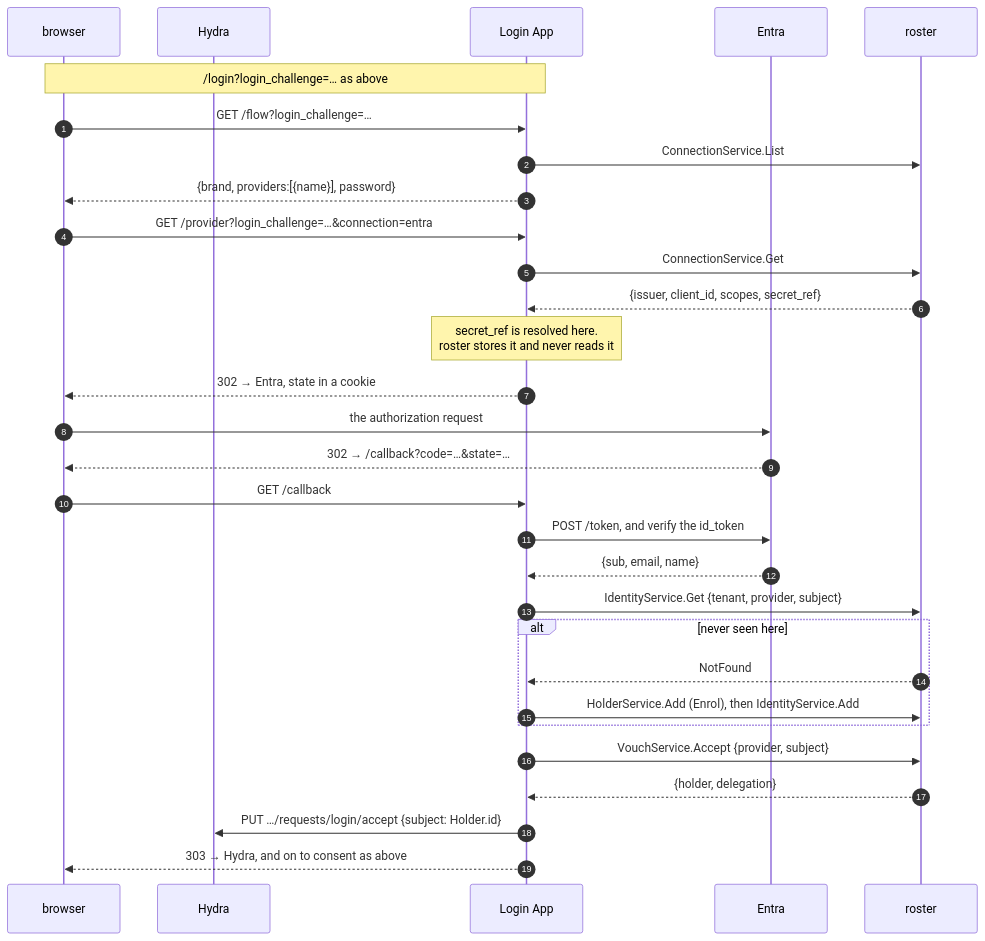
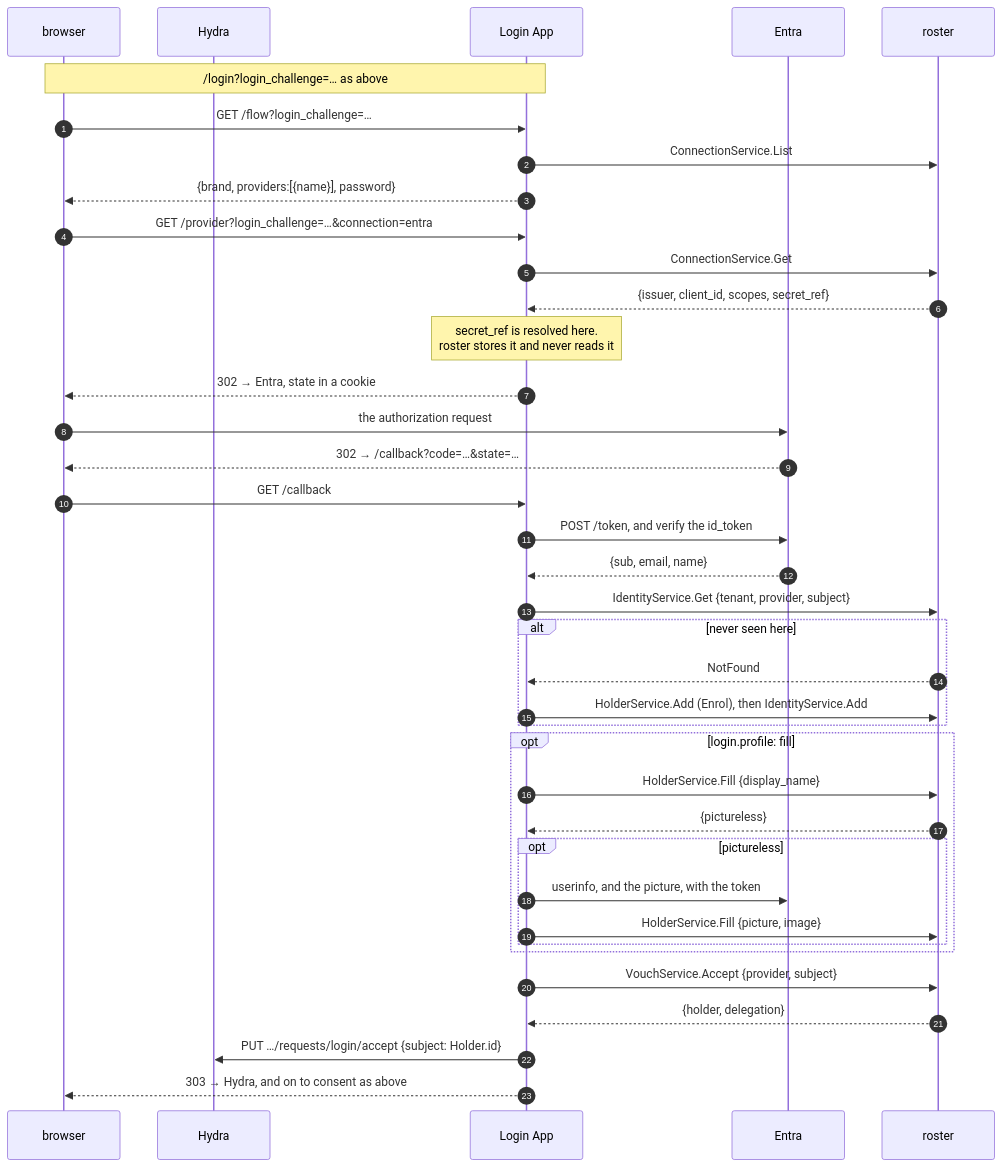
One commit to lesomnus/roster changed the fourth of 7 diagrams in docs/login.md. Above: the diagram before and after it, drawn with Mermaid. The commit also changed other lines of this file and 57 other files, not shown here.

````diff
--- a/docs/login.md
+++ b/docs/login.md
@@ -308,35 +308,43 @@
 ```mermaid
 sequenceDiagram
   autonumber
   participant B as browser
   participant H as Hydra
   participant L as Login App
   participant E as Entra
   participant R as roster
 
   Note over B,L: /login?login_challenge=… as above
   B->>L: GET /flow?login_challenge=…
   L->>R: ConnectionService.List
   L-->>B: {brand, providers:[{name}], password}
 
   B->>L: GET /provider?login_challenge=…&connection=entra
   L->>R: ConnectionService.Get
   R-->>L: {issuer, client_id, scopes, secret_ref}
   Note over L: secret_ref is resolved here.<br/>roster stores it and never reads it
   L-->>B: 302 → Entra, state in a cookie
   B->>E: the authorization request
   E-->>B: 302 → /callback?code=…&state=…
 
   B->>L: GET /callback
   L->>E: POST /token, and verify the id_token
   E-->>L: {sub, email, name}
   L->>R: IdentityService.Get {tenant, provider, subject}
   alt never seen here
     R-->>L: NotFound
     L->>R: HolderService.Add (Enrol), then IdentityService.Add
   end
+  opt login.profile: fill
+    L->>R: HolderService.Fill {display_name}
+    R-->>L: {pictureless}
+    opt pictureless
+      L->>E: userinfo, and the picture, with the token
+      L->>R: HolderService.Fill {picture, image}
+    end
+  end
   L->>R: VouchService.Accept {provider, subject}
   R-->>L: {holder, delegation}
   L->>H: PUT …/requests/login/accept {subject: Holder.id}
   L-->>B: 303 → Hydra, and on to consent as above
 ```
````
